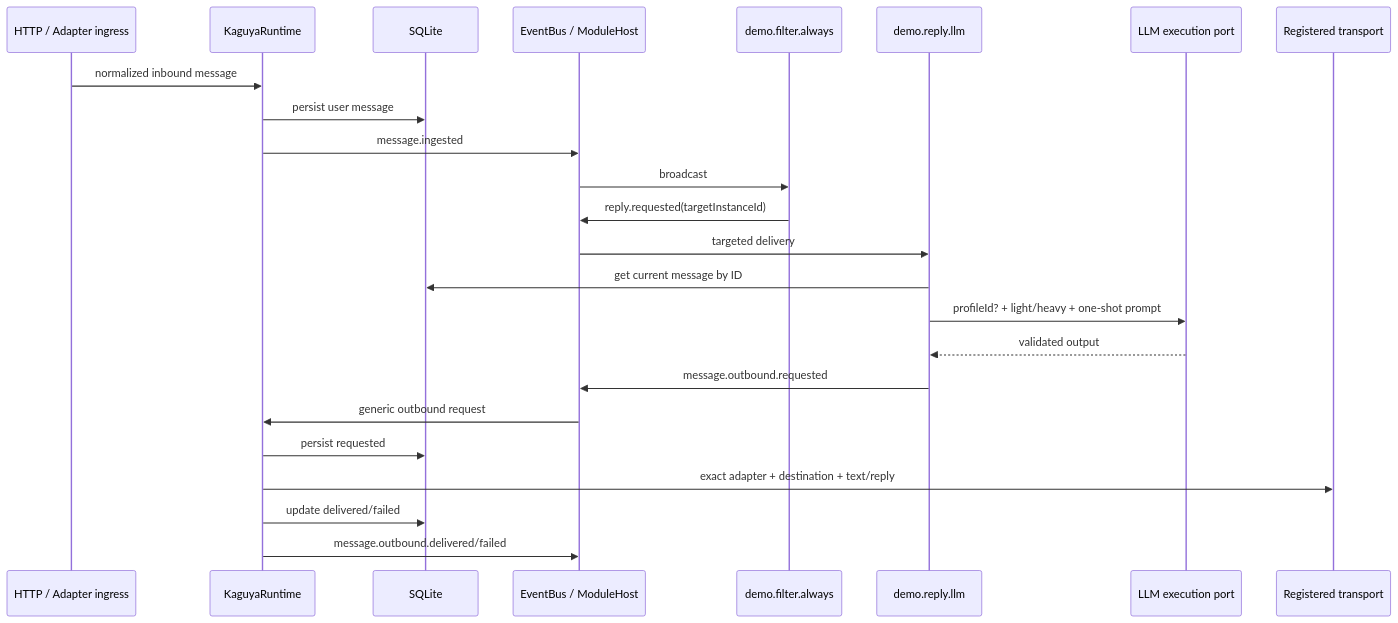
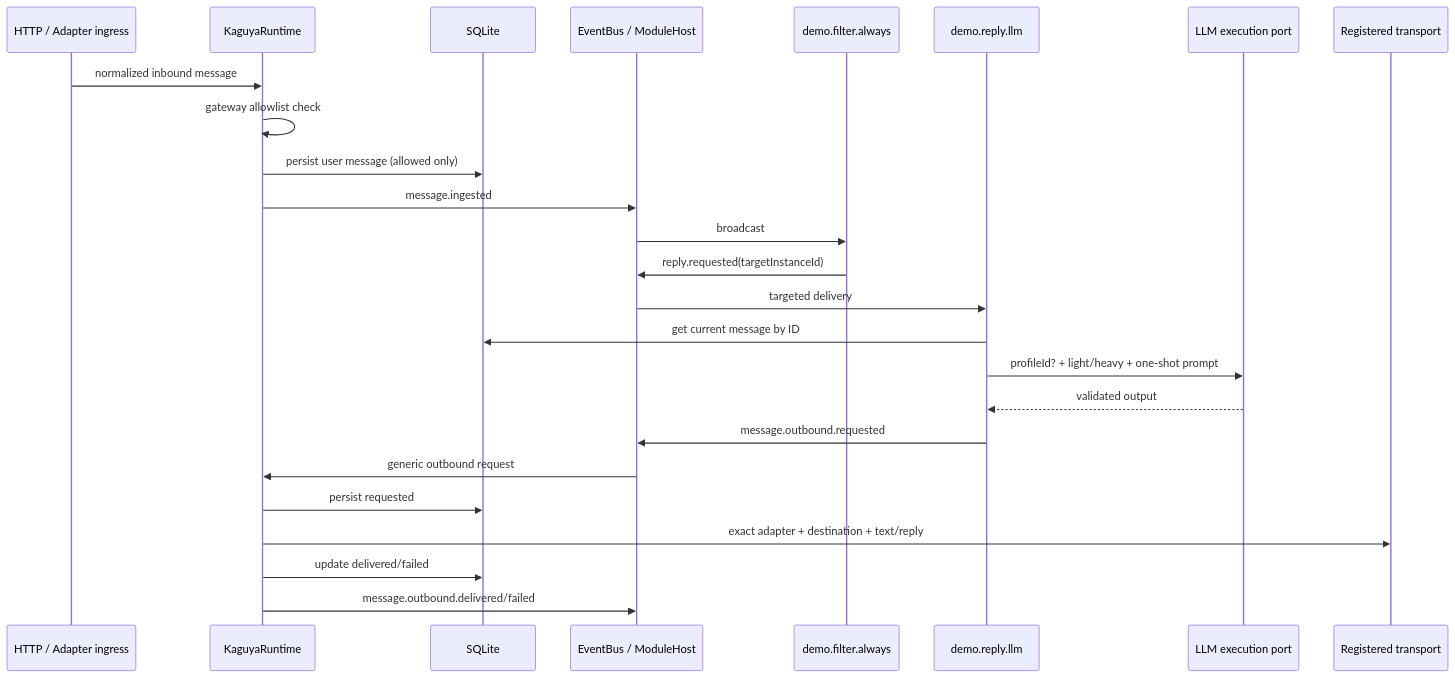
Before and after one commit to posanbu/Kaguya: the second of 2 diagrams in docs/architecture.md, drawn with Mermaid. The commit also changed other lines of this file and 23 other files, not shown here.

````diff
--- a/docs/architecture.md
+++ b/docs/architecture.md
@@ -40,27 +40,28 @@
 ```mermaid
 sequenceDiagram
   participant Ingress as HTTP / Adapter ingress
   participant Core as KaguyaRuntime
   participant DB as SQLite
   participant Bus as EventBus / ModuleHost
   participant Filter as demo.filter.always
   participant Reply as demo.reply.llm
   participant LLM as LLM execution port
   participant Transport as Registered transport
 
   Ingress->>Core: normalized inbound message
-  Core->>DB: persist user message
+  Core->>Core: gateway allowlist check
+  Core->>DB: persist user message (allowed only)
   Core->>Bus: message.ingested
   Bus->>Filter: broadcast
   Filter->>Bus: reply.requested(targetInstanceId)
   Bus->>Reply: targeted delivery
   Reply->>DB: get current message by ID
   Reply->>LLM: profileId? + light/heavy + one-shot prompt
   LLM-->>Reply: validated output
   Reply->>Bus: message.outbound.requested
   Bus->>Core: generic outbound request
   Core->>DB: persist requested
   Core->>Transport: exact adapter + destination + text/reply
   Core->>DB: update delivered/failed
   Core->>Bus: message.outbound.delivered/failed
 ```
````
